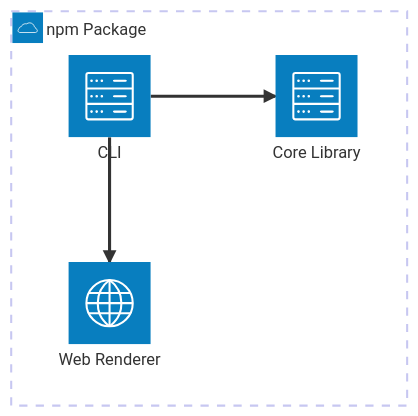
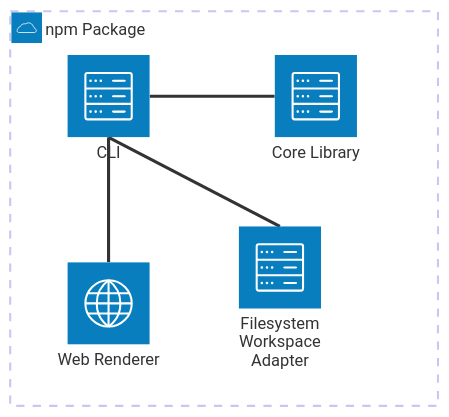
Before and after one commit to docToolchain/arc42-language: the second of 2 diagrams in docs/arc42/07-deployment-view.arc42.md, drawn with Mermaid. The commit also changed other lines of this file and 52 other files, not shown here.

````diff
--- a/docs/arc42/07-deployment-view.arc42.md
+++ b/docs/arc42/07-deployment-view.arc42.md
@@ -56,9 +50,11 @@
 ```mermaid
 architecture-beta
-    group node-npm-package(cloud)[npm Package]
-    service bb-cli(server)[CLI] in node-npm-package
-    service bb-core(server)[Core Library] in node-npm-package
-    service bb-web-renderer(internet)[Web Renderer] in node-npm-package
-    bb-cli:R --> L:bb-core
-    bb-cli:B --> T:bb-web-renderer
+    group node_npm_package(cloud)[npm Package]
+    service bb_cli(server)[CLI] in node_npm_package
+    service bb_core(server)[Core Library] in node_npm_package
+    service bb_workspace_fs(server)[Filesystem Workspace Adapter] in node_npm_package
+    service bb_web_renderer(internet)[Web Renderer] in node_npm_package
+    bb_cli:R -- L:bb_core
+    bb_cli:B -- T:bb_workspace_fs
+    bb_cli:B -- T:bb_web_renderer
 ```
````
